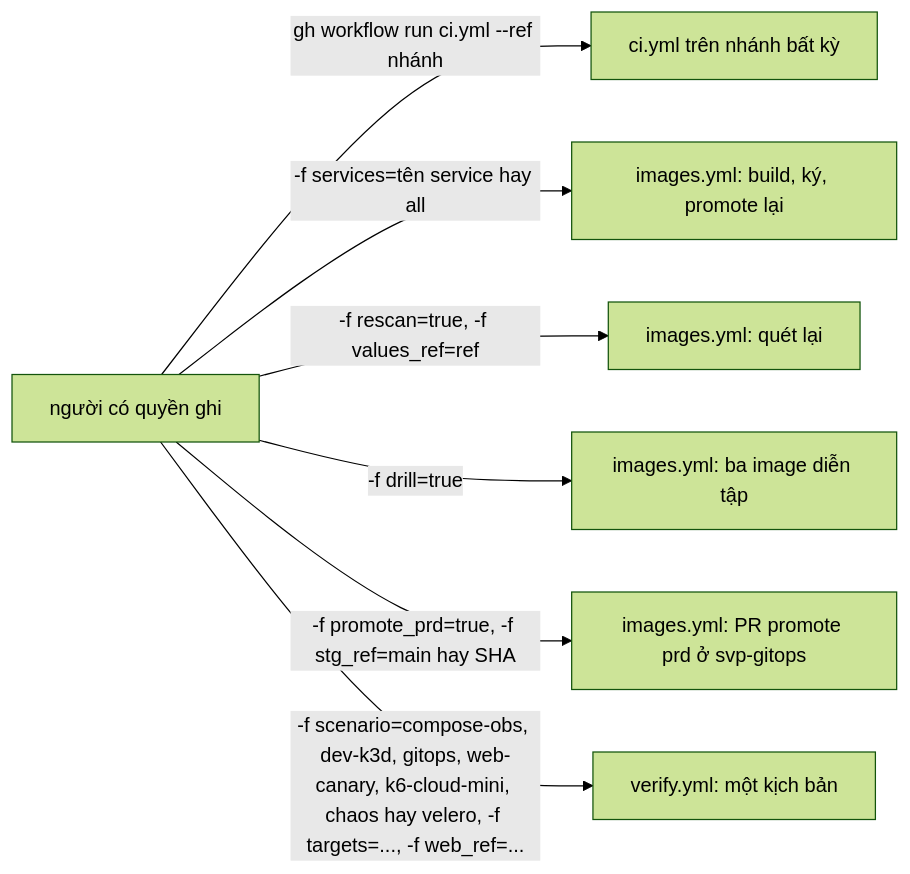
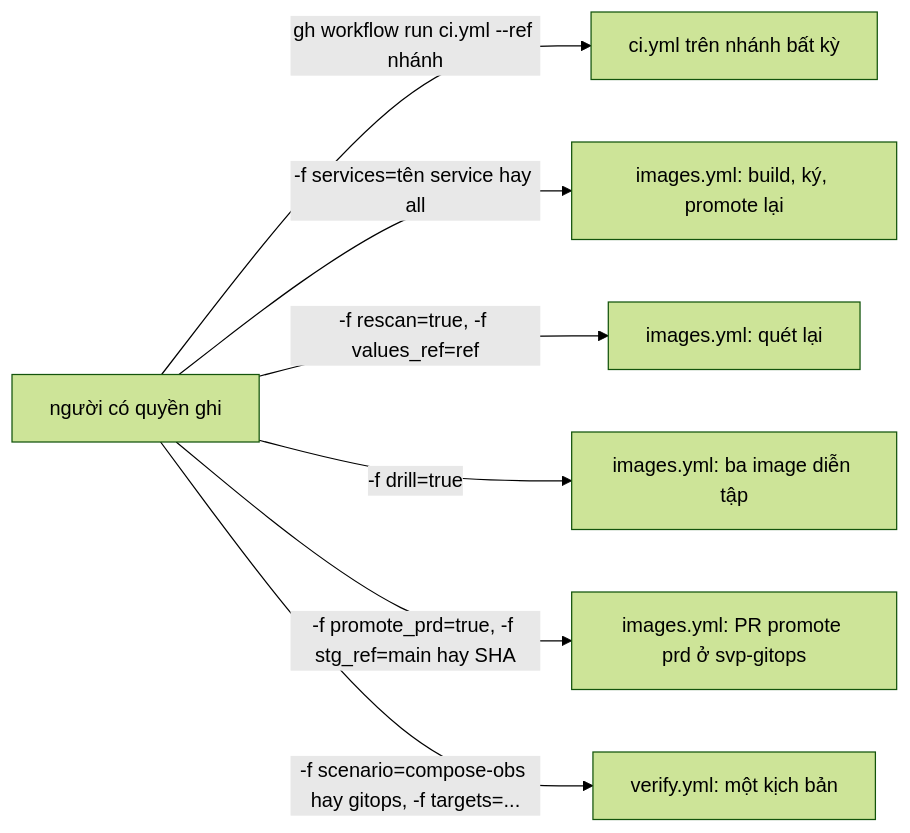
The fourth of 5 diagrams in docs/ci-cd.md (anhnvcoder/svp-backend), drawn with Mermaid (forest theme) before and after one commit. The commit also changed other lines of this file and 112 other files, not shown here.

````diff
--- a/docs/ci-cd.md
+++ b/docs/ci-cd.md
@@ -123,10 +123,10 @@
 ```mermaid
 flowchart LR
     who["người có quyền ghi"]
     who -->|"gh workflow run ci.yml --ref nhánh"| ci["ci.yml trên nhánh bất kỳ"]
     who -->|"-f services=tên service hay all"| b["images.yml: build, ký, promote lại"]
     who -->|"-f rescan=true, -f values_ref=ref"| r["images.yml: quét lại"]
     who -->|"-f drill=true"| d["images.yml: ba image diễn tập"]
     who -->|"-f promote_prd=true, -f stg_ref=main hay SHA"| p["images.yml: PR promote prd ở svp-gitops"]
-    who -->|"-f scenario=compose-obs, dev-k3d, gitops, web-canary, k6-cloud-mini, chaos hay velero, -f targets=..., -f web_ref=..."| v["verify.yml: một kịch bản"]
+    who -->|"-f scenario=compose-obs hay gitops, -f targets=..."| v["verify.yml: một kịch bản"]
 ```
````
